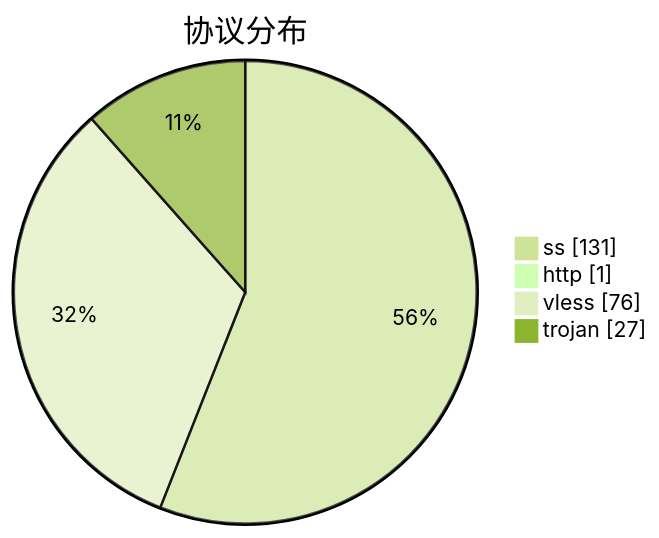
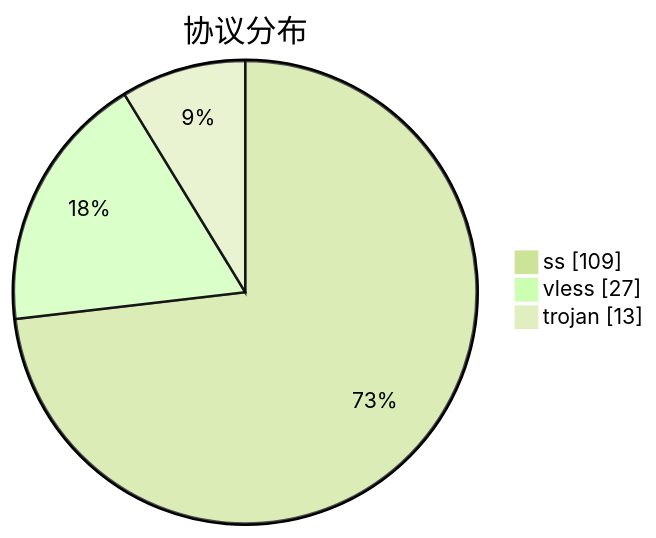
Before and after one commit to qjlxg/airport: the third of 3 diagrams in subs/statistics/tested_within.md, drawn with Mermaid (forest theme). The commit also changed other lines of this file and 2 other files, not shown here.

````diff
--- a/subs/statistics/tested_within.md
+++ b/subs/statistics/tested_within.md
@@ -17,8 +17,7 @@
 ```mermaid
 pie showData
 title 协议分布
-"ss" : 131
-"http" : 1
-"vless" : 76
-"trojan" : 27
+"ss" : 109
+"vless" : 27
+"trojan" : 13
 ```
````
